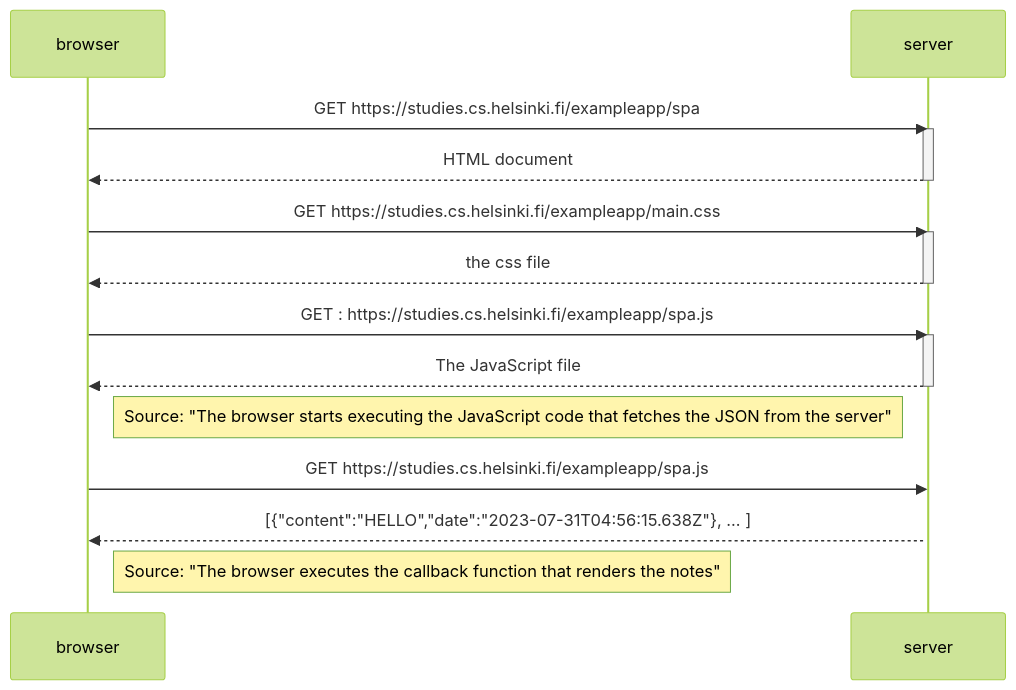
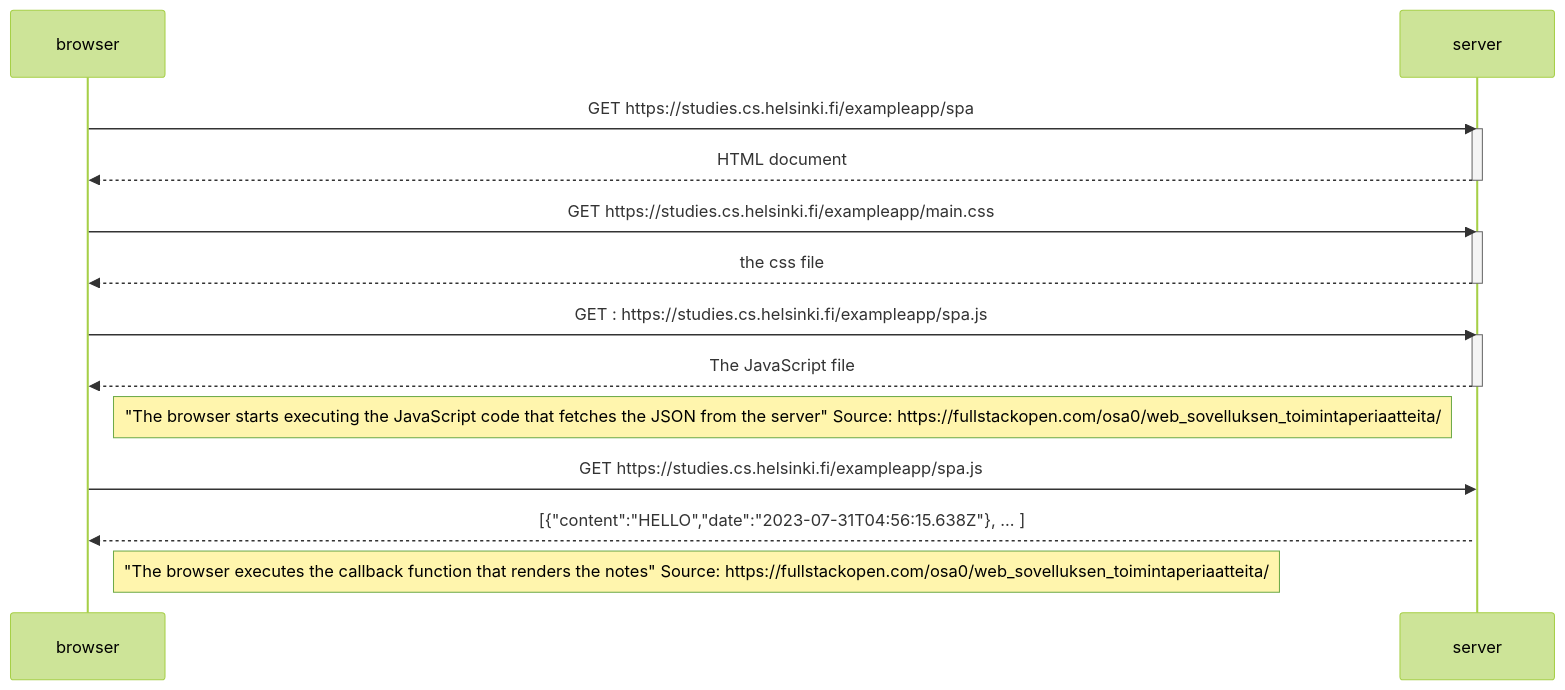
One commit to alelikak/fullstackopen changed the diagram in 05.md. Above: the diagram before and after it, drawn with Mermaid (forest theme).

````diff
--- a/05.md
+++ b/05.md
@@ -1,29 +1,29 @@
 ```mermaid
 sequenceDiagram
     participant browser
     participant server
     
     browser->>server: GET https://studies.cs.helsinki.fi/exampleapp/spa
     activate server
     server-->>browser: HTML document
     deactivate server
     
     browser->>server: GET https://studies.cs.helsinki.fi/exampleapp/main.css
     activate server
     server-->>browser: the css file
     deactivate server
     
     browser->>server: GET : https://studies.cs.helsinki.fi/exampleapp/spa.js
     activate server
     server-->>browser: The JavaScript file
     deactivate server    
 
-    Note right of browser: Source: "The browser starts executing the JavaScript code that fetches the JSON from the server"
+    Note right of browser: "The browser starts executing the JavaScript code that fetches the JSON from the server" Source: https://fullstackopen.com/osa0/web_sovelluksen_toimintaperiaatteita/
     
 
     browser->>server: GET https://studies.cs.helsinki.fi/exampleapp/spa.js
     activate server
     server-->>browser: [{"content":"HELLO","date":"2023-07-31T04:56:15.638Z"}, ... ]
     
-    Note right of browser: Source: "The browser executes the callback function that renders the notes"
+    Note right of browser: "The browser executes the callback function that renders the notes" Source: https://fullstackopen.com/osa0/web_sovelluksen_toimintaperiaatteita/
 ```
````
